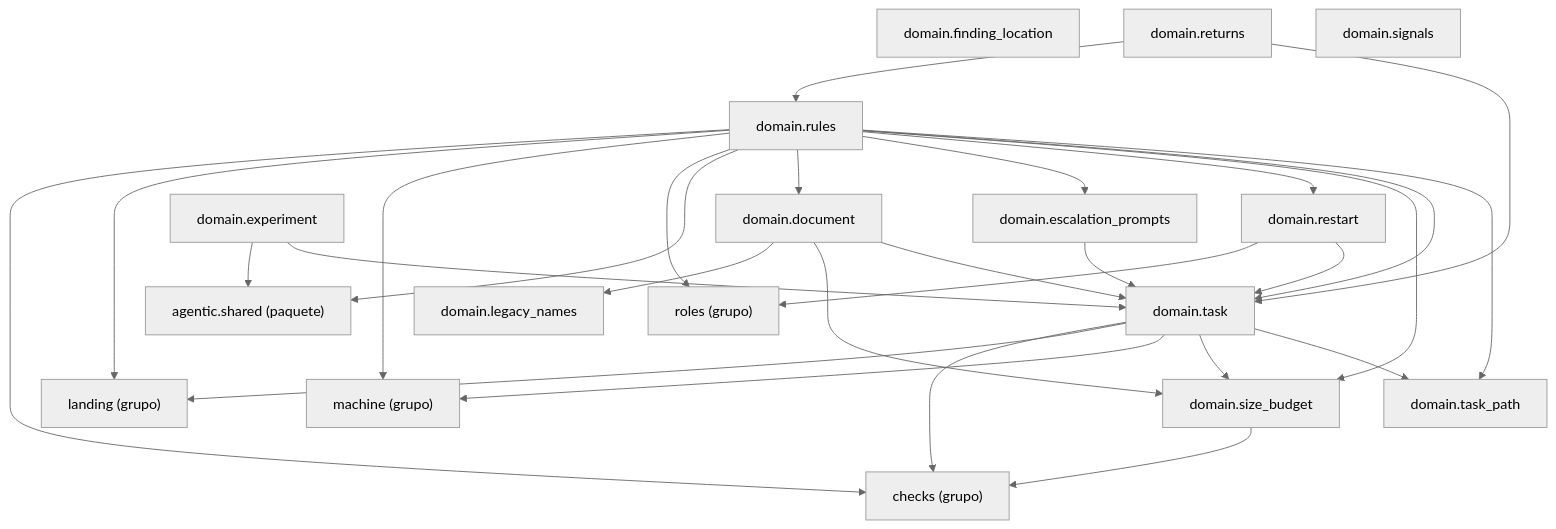
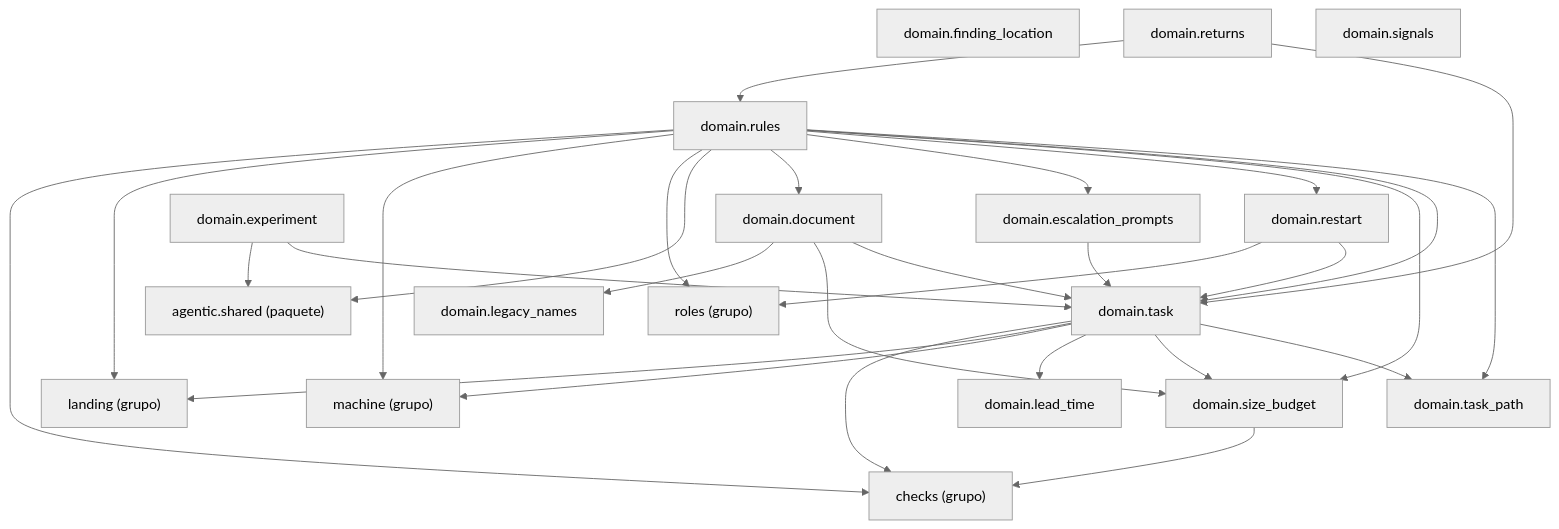
Before and after one commit to GonzaloZevallos/agentic-system: the diagram in docs/architecture/generated/packages-process-domain-state.md, drawn with Mermaid (neutral theme). The commit also changed 15 other files, not shown here.

Commit message:
Regenerate architecture pages and cluster domain.lead_time

````diff
--- a/docs/architecture/generated/packages-process-domain-state.md
+++ b/docs/architecture/generated/packages-process-domain-state.md
@@ -11,47 +11,49 @@
 ```mermaid
 graph TD
     g_domain__checks["checks (grupo)"]
     g_domain__landing["landing (grupo)"]
     g_domain__machine["machine (grupo)"]
     g_domain__roles["roles (grupo)"]
     g_pkg__agentic__shared["agentic.shared (paquete)"]
     m_domain__document["domain.document"]
     m_domain__escalation_prompts["domain.escalation_prompts"]
     m_domain__experiment["domain.experiment"]
     m_domain__finding_location["domain.finding_location"]
+    m_domain__lead_time["domain.lead_time"]
     m_domain__legacy_names["domain.legacy_names"]
     m_domain__restart["domain.restart"]
     m_domain__returns["domain.returns"]
     m_domain__rules["domain.rules"]
     m_domain__signals["domain.signals"]
     m_domain__size_budget["domain.size_budget"]
     m_domain__task["domain.task"]
     m_domain__task_path["domain.task_path"]
     m_domain__document --> m_domain__legacy_names
     m_domain__document --> m_domain__size_budget
     m_domain__document --> m_domain__task
     m_domain__escalation_prompts --> m_domain__task
     m_domain__experiment --> g_pkg__agentic__shared
     m_domain__experiment --> m_domain__task
     m_domain__restart --> g_domain__roles
     m_domain__restart --> m_domain__task
     m_domain__returns --> m_domain__rules
     m_domain__returns --> m_domain__task
     m_domain__rules --> g_domain__checks
     m_domain__rules --> g_domain__landing
     m_domain__rules --> g_domain__machine
     m_domain__rules --> g_domain__roles
     m_domain__rules --> g_pkg__agentic__shared
     m_domain__rules --> m_domain__document
     m_domain__rules --> m_domain__escalation_prompts
     m_domain__rules --> m_domain__restart
     m_domain__rules --> m_domain__size_budget
     m_domain__rules --> m_domain__task
     m_domain__rules --> m_domain__task_path
     m_domain__size_budget --> g_domain__checks
     m_domain__task --> g_domain__checks
     m_domain__task --> g_domain__landing
     m_domain__task --> g_domain__machine
+    m_domain__task --> m_domain__lead_time
     m_domain__task --> m_domain__size_budget
     m_domain__task --> m_domain__task_path
 ```
````
